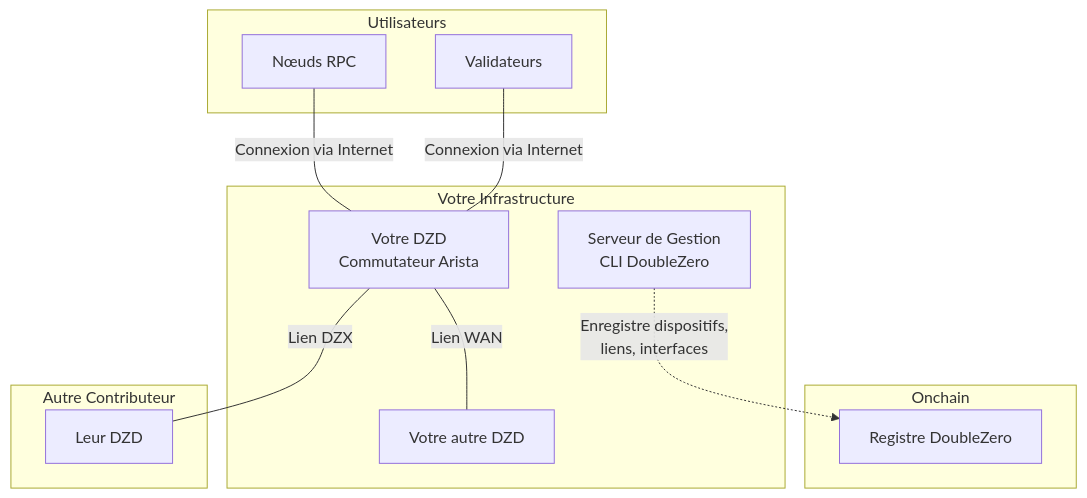
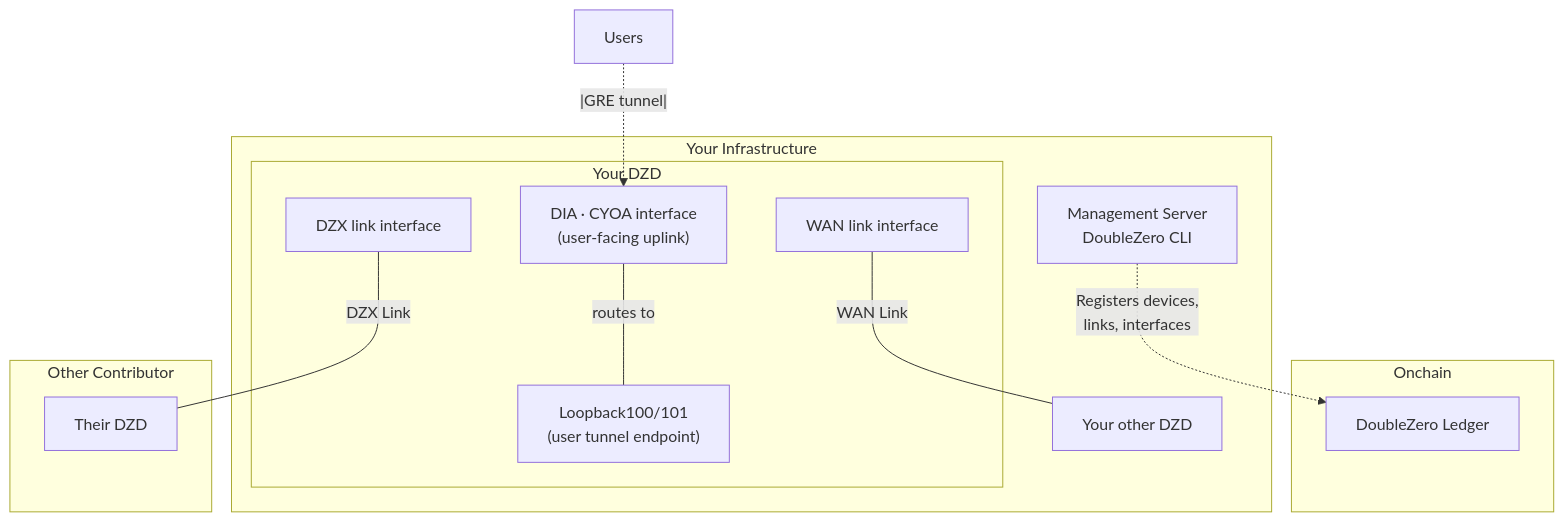
Before and after one commit to malbeclabs/docs: the first of 13 diagrams in docs/contribute-provisioning.fr.md, drawn with Mermaid. The commit also changed other lines of this file and 160 other files, not shown here.

````diff
--- a/docs/contribute-provisioning.fr.md
+++ b/docs/contribute-provisioning.fr.md
@@ -13,26 +50,29 @@
 ```mermaid
 flowchart TB
     subgraph Onchain
-        SC[Registre DoubleZero]
+        SC[DoubleZero Ledger]
     end
 
-    subgraph Votre Infrastructure
-        MGMT[Serveur de Gestion<br/>CLI DoubleZero]
-        DZD[Votre DZD<br/>Commutateur Arista]
-        DZD ---|Lien WAN| DZD2[Votre autre DZD]
+    subgraph Your Infrastructure
+        MGMT[Management Server<br/>DoubleZero CLI]
+        subgraph DZD[Your DZD]
+            CYOA["DIA · CYOA interface<br/>(user-facing uplink)"]
+            WAN_INTF["WAN link interface"]
+            DZX_INTF["DZX link interface"]
+            LO100["Loopback100/101<br/>(user tunnel endpoint)"]
+        end
+        DZD2[Your other DZD]
     end
 
-    subgraph Autre Contributeur
-        OtherDZD[Leur DZD]
+    subgraph Other Contributor
+        OtherDZD[Their DZD]
     end
 
-    subgraph Utilisateurs
-        VAL[Validateurs]
-        RPC[Nœuds RPC]
-    end
+    USERS["Users"]
 
-    MGMT -.->|Enregistre dispositifs,<br/>liens, interfaces| SC
-    DZD ---|Lien DZX| OtherDZD
-    VAL ---|Connexion via Internet| DZD
-    RPC ---|Connexion via Internet| DZD
+    MGMT -.->|Registers devices,<br/>links, interfaces| SC
+    WAN_INTF ---|WAN Link| DZD2
+    DZX_INTF ---|DZX Link| OtherDZD
+    USERS -.|GRE tunnel|.-> CYOA
+    CYOA ---|routes to| LO100
 ```
````
